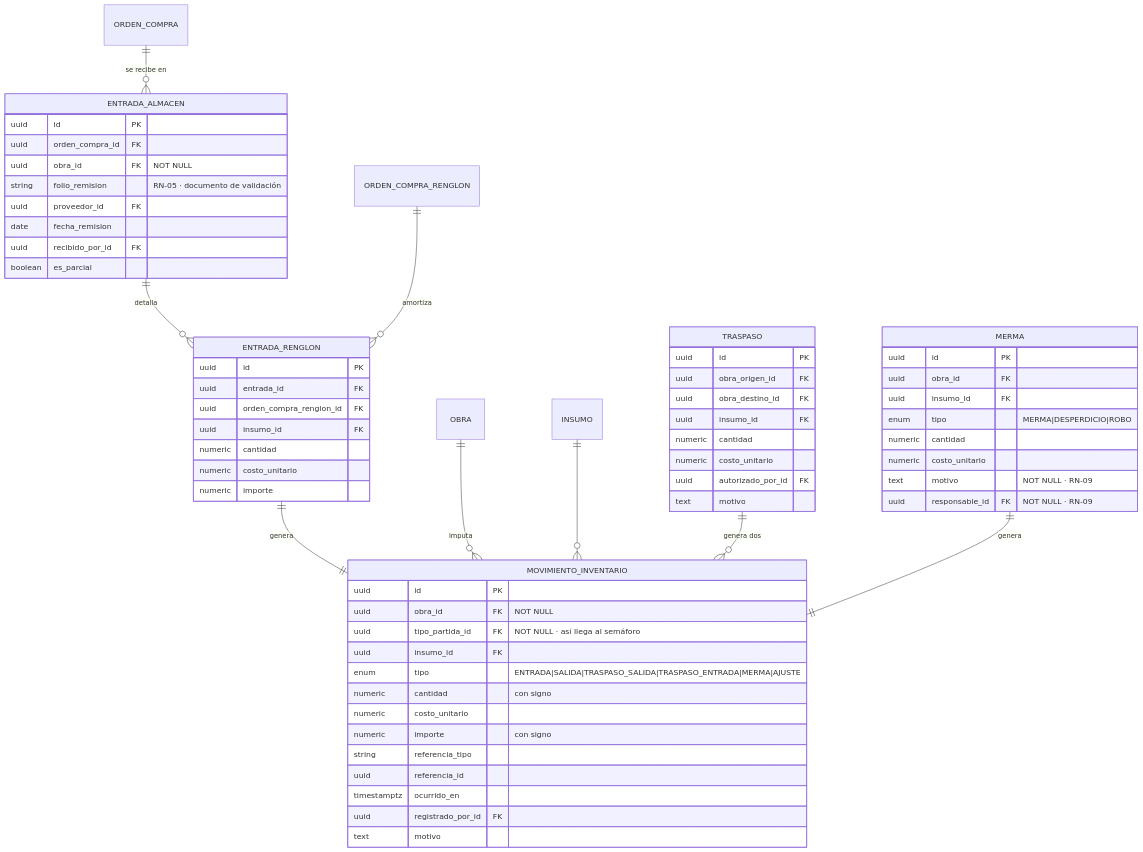
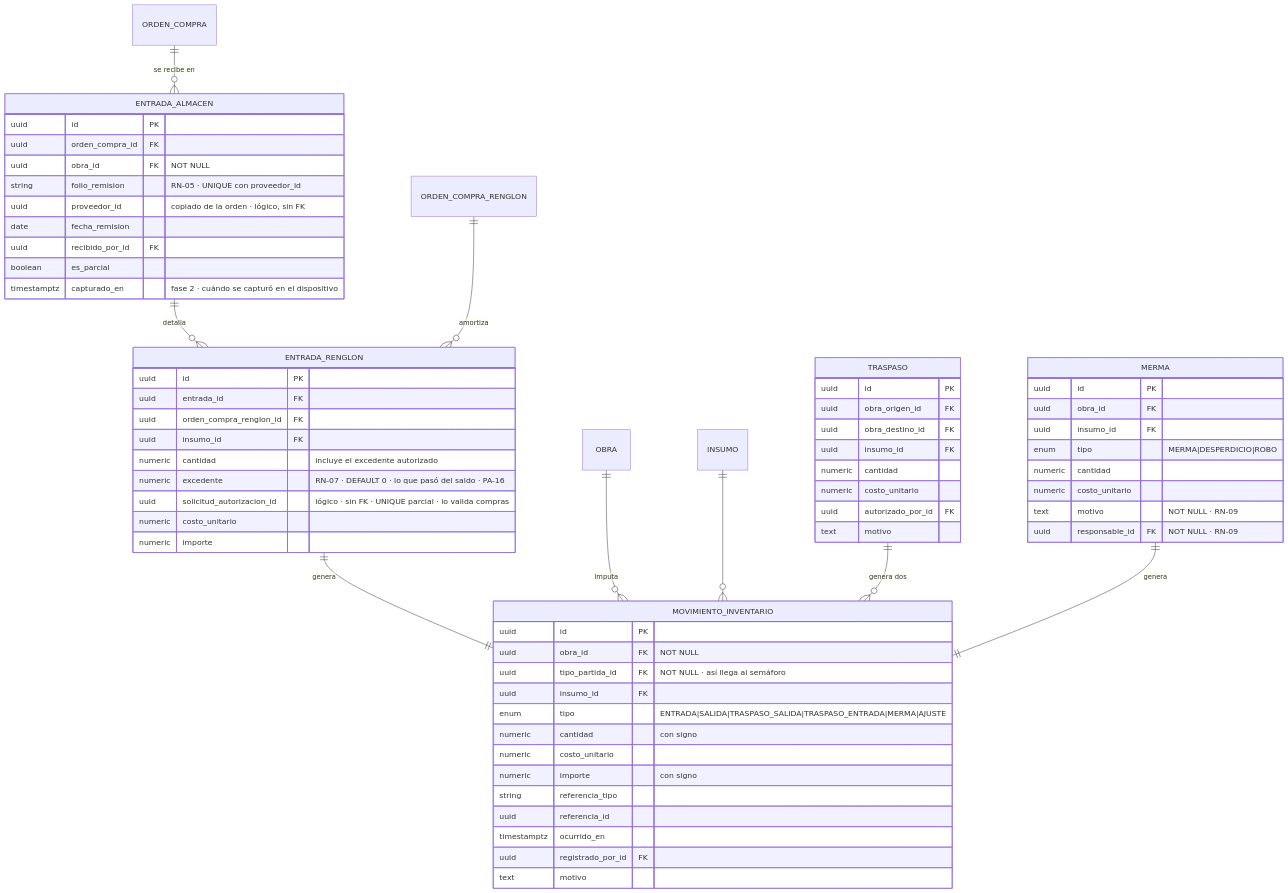
Before and after one commit to FranciscoRodSilva/IA4Devs-Proyecto-Final: the sixth of 18 diagrams in docs/03-modelo-datos.md, drawn with Mermaid. The commit also changed other lines of this file and 22 other files, not shown here.

````diff
--- a/docs/03-modelo-datos.md
+++ b/docs/03-modelo-datos.md
@@ -433,66 +458,69 @@
 ```mermaid
 erDiagram
     ORDEN_COMPRA ||--o{ ENTRADA_ALMACEN : "se recibe en"
     ENTRADA_ALMACEN ||--o{ ENTRADA_RENGLON : "detalla"
     ORDEN_COMPRA_RENGLON ||--o{ ENTRADA_RENGLON : "amortiza"
     ENTRADA_RENGLON ||--|| MOVIMIENTO_INVENTARIO : "genera"
     OBRA ||--o{ MOVIMIENTO_INVENTARIO : "imputa"
     INSUMO ||--o{ MOVIMIENTO_INVENTARIO : ""
     TRASPASO ||--o{ MOVIMIENTO_INVENTARIO : "genera dos"
     MERMA ||--|| MOVIMIENTO_INVENTARIO : "genera"
 
     ENTRADA_ALMACEN {
         uuid id PK
         uuid orden_compra_id FK
         uuid obra_id FK "NOT NULL"
-        string folio_remision "RN-05 · documento de validación"
-        uuid proveedor_id FK
+        string folio_remision "RN-05 · UNIQUE con proveedor_id"
+        uuid proveedor_id "copiado de la orden · lógico, sin FK"
         date fecha_remision
         uuid recibido_por_id FK
         boolean es_parcial
+        timestamptz capturado_en "fase 2 · cuándo se capturó en el dispositivo"
     }
     ENTRADA_RENGLON {
         uuid id PK
         uuid entrada_id FK
         uuid orden_compra_renglon_id FK
         uuid insumo_id FK
-        numeric cantidad
+        numeric cantidad "incluye el excedente autorizado"
+        numeric excedente "RN-07 · DEFAULT 0 · lo que pasó del saldo · PA-16"
+        uuid solicitud_autorizacion_id "lógico · sin FK · UNIQUE parcial · lo valida compras"
         numeric costo_unitario
         numeric importe
     }
     MOVIMIENTO_INVENTARIO {
         uuid id PK
         uuid obra_id FK "NOT NULL"
         uuid tipo_partida_id FK "NOT NULL · así llega al semáforo"
         uuid insumo_id FK
         enum tipo "ENTRADA|SALIDA|TRASPASO_SALIDA|TRASPASO_ENTRADA|MERMA|AJUSTE"
         numeric cantidad "con signo"
         numeric costo_unitario
         numeric importe "con signo"
         string referencia_tipo
         uuid referencia_id
         timestamptz ocurrido_en
         uuid registrado_por_id FK
         text motivo
     }
     TRASPASO {
         uuid id PK
         uuid obra_origen_id FK
         uuid obra_destino_id FK
         uuid insumo_id FK
         numeric cantidad
         numeric costo_unitario
         uuid autorizado_por_id FK
         text motivo
     }
     MERMA {
         uuid id PK
         uuid obra_id FK
         uuid insumo_id FK
         enum tipo "MERMA|DESPERDICIO|ROBO"
         numeric cantidad
         numeric costo_unitario
         text motivo "NOT NULL · RN-09"
         uuid responsable_id FK "NOT NULL · RN-09"
     }
 ```
````
